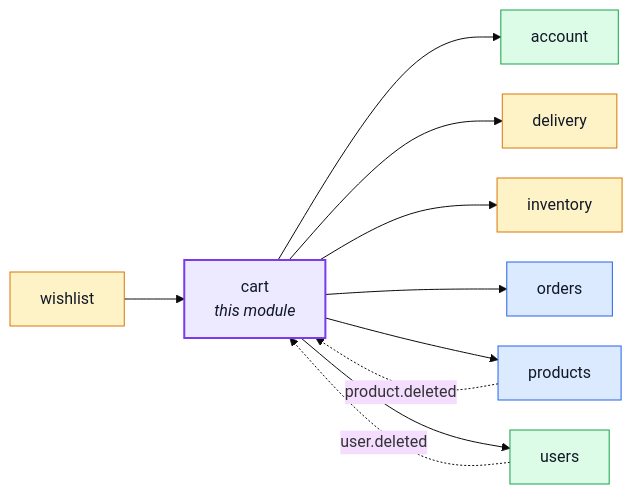
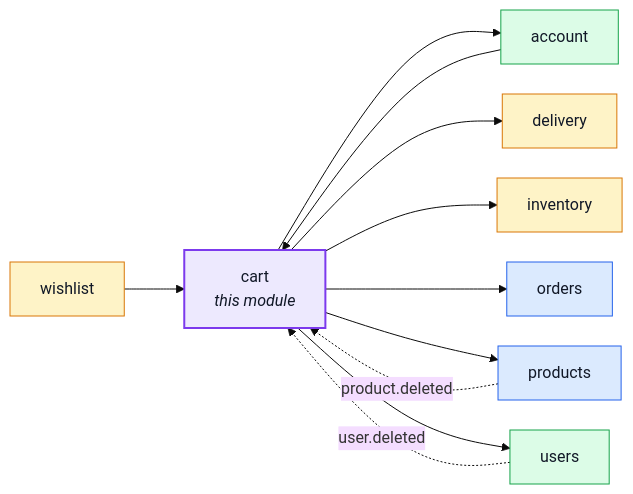
The first of 2 diagrams in docs/modules/cart.md (Guebbit/boilerplate-node-backend), drawn with Mermaid (base theme) before and after one commit. The commit also changed 69 other files, not shown here.

````diff
--- a/docs/modules/cart.md
+++ b/docs/modules/cart.md
@@ -16,31 +16,32 @@
 ```mermaid
 %%{init: {'flowchart': {'nodeSpacing': 30, 'rankSpacing': 60}}}%%
 flowchart LR
     cart["cart<br/><i>this module</i>"]
     account["account"]
     delivery["delivery"]
     inventory["inventory"]
     orders["orders"]
     products["products"]
     users["users"]
     wishlist["wishlist"]
 
+    account --> cart
     wishlist --> cart
     cart --> account
     cart --> delivery
     cart --> inventory
     cart --> orders
     cart --> products
     cart --> users
     products -. "product.deleted" .-> cart
     users -. "user.deleted" .-> cart
 
     classDef core fill:#dbeafe,stroke:#2563eb,color:#111827;
     classDef supporting fill:#fef3c7,stroke:#d97706,color:#111827;
     classDef generic fill:#dcfce7,stroke:#16a34a,color:#111827;
     classDef centre fill:#ede9fe,stroke:#7c3aed,stroke-width:2px,color:#111827;
     class orders,products core;
     class delivery,inventory,wishlist supporting;
     class account,users generic;
     class cart centre;
 ```
````
